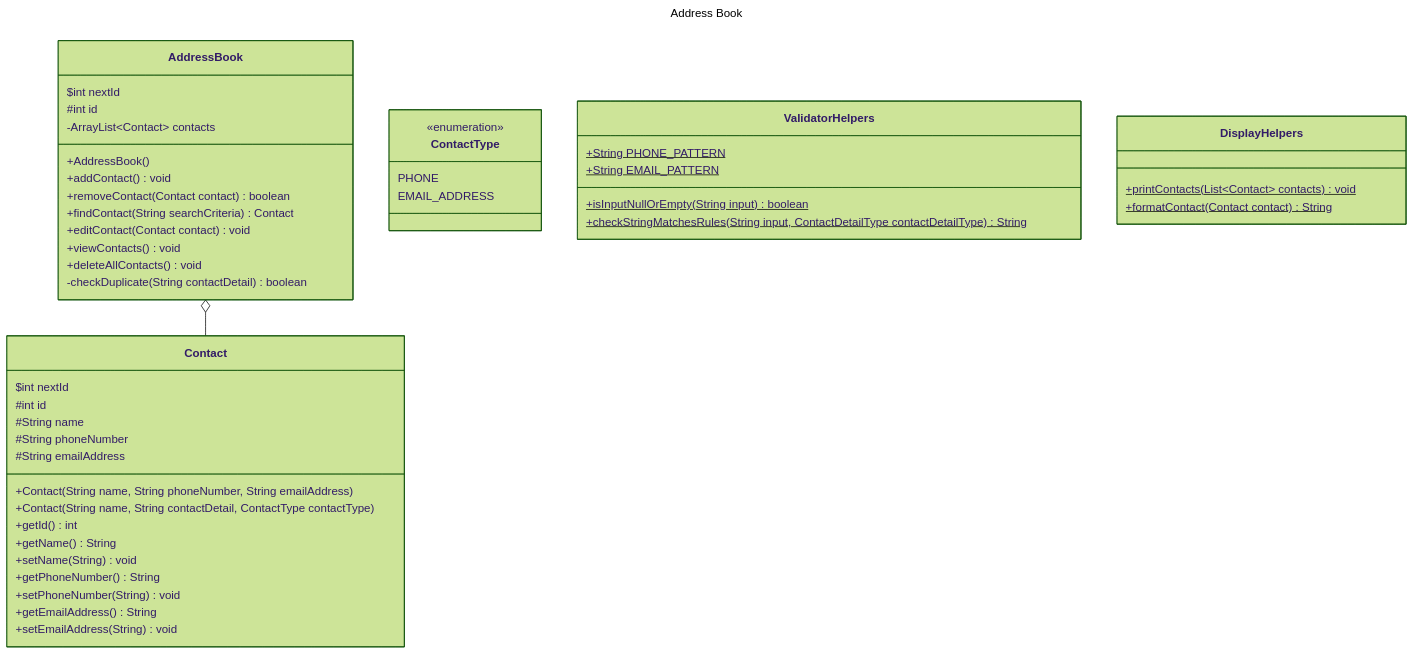
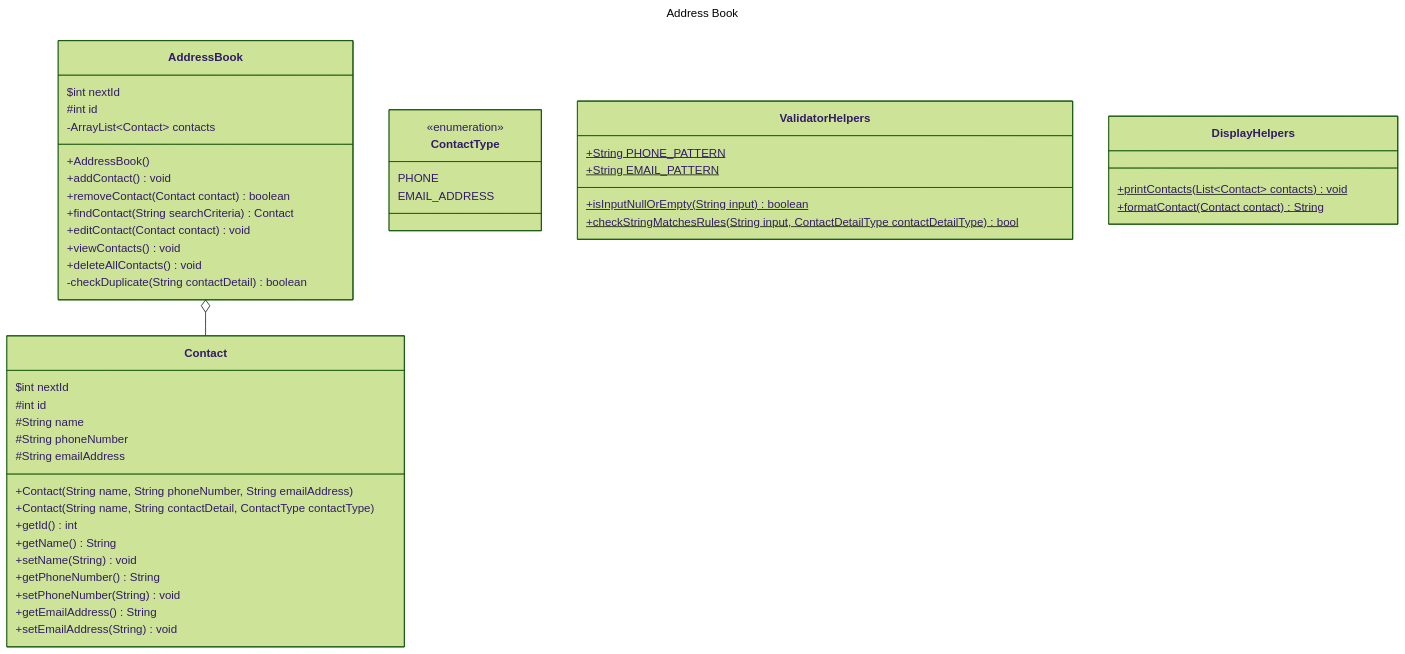
One commit to chantalsantos7/dfa-challenge-3-address-book changed the diagram in docs/domain-models-test-plan.md. Above: the diagram before and after it, drawn with Mermaid (forest theme). The commit also changed other lines of this file, not shown here.

Commit message:
DOCS: Update class diagram and test plan

````diff
--- a/docs/domain-models-test-plan.md
+++ b/docs/domain-models-test-plan.md
@@ -30,61 +30,61 @@
 ```mermaid
 ---
 title: Address Book
 ---
 
 classDiagram
     AddressBook o-- Contact
     class AddressBook {
         $int nextId
         #int id
         -ArrayList~Contact~ contacts
         
         +AddressBook()
         +addContact() void
         +removeContact(Contact contact) boolean
         +findContact(String searchCriteria) Contact
         +editContact(Contact contact) void
         +viewContacts() void
         +deleteAllContacts() void
         -checkDuplicate(String contactDetail) boolean
     }
     
     class Contact {
         $int nextId
         #int id
         #String name
         #String phoneNumber
         #String emailAddress
         
         +Contact(String name, String phoneNumber, String emailAddress)
         +Contact(String name, String contactDetail, ContactType contactType)
         +getId() int
         +getName() String
         +setName(String) void
         +getPhoneNumber() String
         +setPhoneNumber(String) void
         +getEmailAddress() String
         +setEmailAddress(String) void
 %%        -validatePhoneNumber(String phoneNumber) boolean
 %%        -validateEmailAddress(String emailAddress) boolean
     }
     
     class ContactType {
         <<enumeration>>
         PHONE
         EMAIL_ADDRESS
     }
     
     class ValidatorHelpers {
         +String PHONE_PATTERN$
         +String EMAIL_PATTERN$
         
         +isInputNullOrEmpty(String input) boolean$
-        +checkStringMatchesRules(String input, ContactDetailType contactDetailType) String$
+        +checkStringMatchesRules(String input, ContactDetailType contactDetailType) bool$
     }
     
     class DisplayHelpers {
         +printContacts(List~Contact~ contacts) void$
         +formatContact(Contact contact) String$
     }
 ```
````
